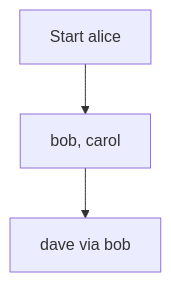
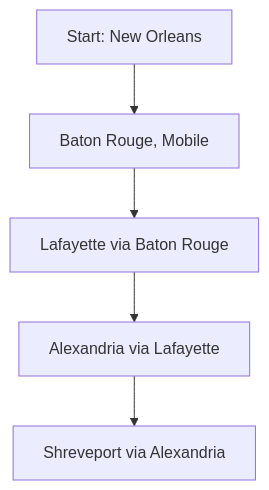
Before and after one commit to qgjones9/python-programming-guide: the ninth of 12 diagrams in docs/dsa/data-structures/graphs/index.md, drawn with Mermaid. The commit also changed other lines of this file and 18 other files, not shown here.

````diff
--- a/docs/dsa/data-structures/graphs/index.md
+++ b/docs/dsa/data-structures/graphs/index.md
@@ -267,5 +486,7 @@
 ```mermaid
 flowchart TB
- S["Start alice"] --> L1["bob, carol"]
- L1 --> L2["dave via bob"]
+ S["Start: New Orleans"] --> L1["Baton Rouge, Mobile"]
+ L1 --> L2["Lafayette via Baton Rouge"]
+ L2 --> L3["Alexandria via Lafayette"]
+ L3 --> L4["Shreveport via Alexandria"]
 ```
````
